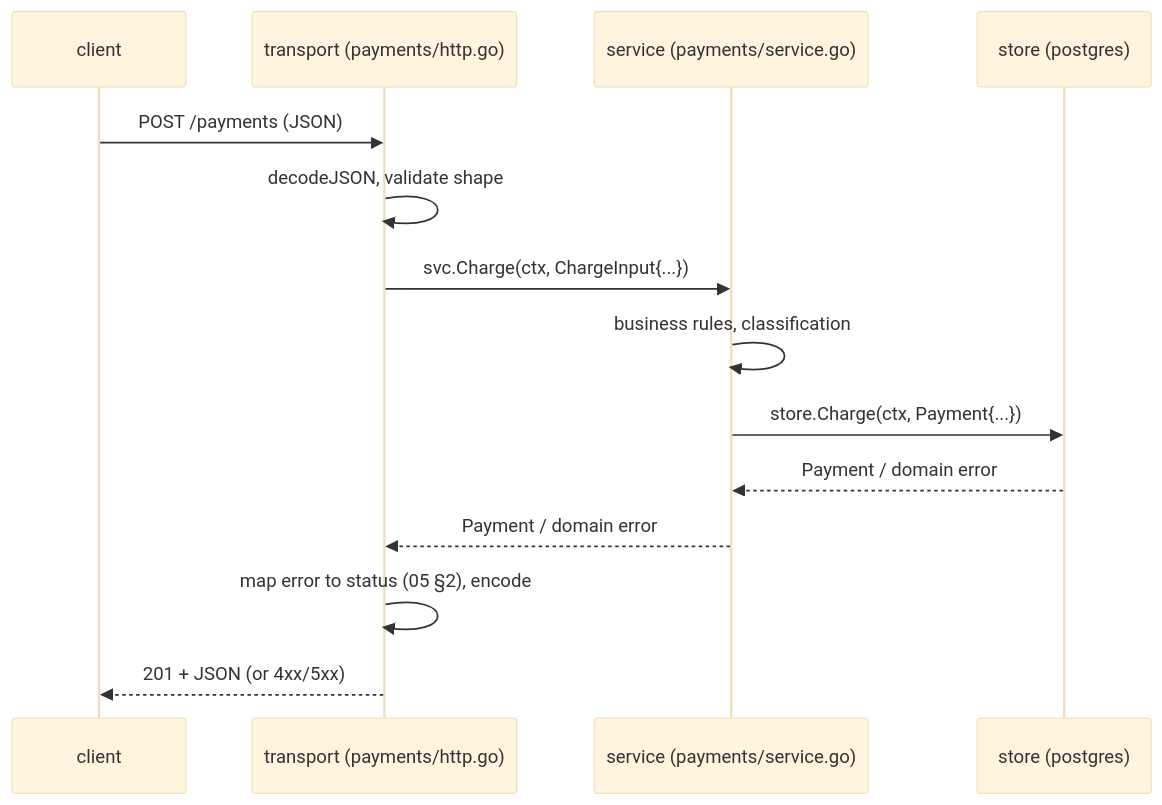
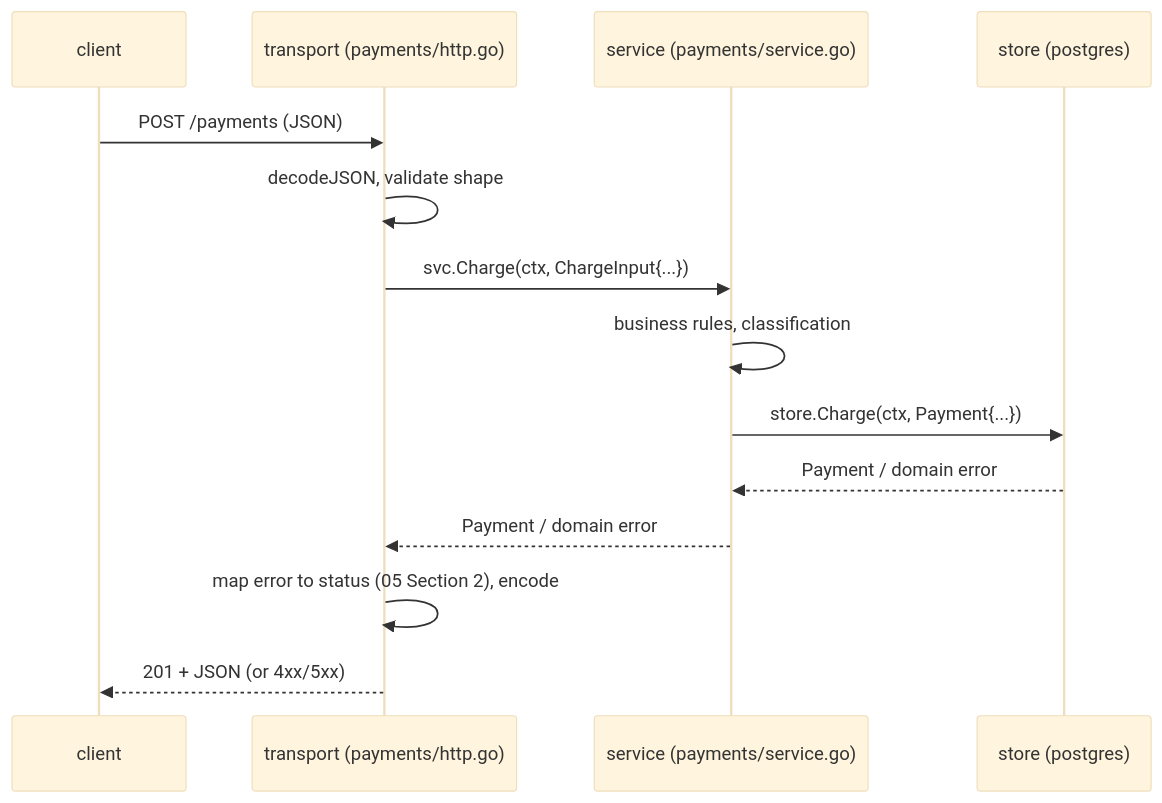
The second of 2 diagrams in 14-backend-development/01-service-layout.md (TharunKumarReddyPolu/Go-Handbook-for-Software-Engineers), drawn with Mermaid (base theme) before and after one commit. The commit also changed other lines of this file and 106 other files, not shown here.

````diff
--- a/14-backend-development/01-service-layout.md
+++ b/14-backend-development/01-service-layout.md
@@ -80,16 +80,16 @@
 ```mermaid
 sequenceDiagram
     participant C as client
     participant T as transport (payments/http.go)
     participant S as service (payments/service.go)
     participant St as store (postgres)
     C->>T: POST /payments (JSON)
     T->>T: decodeJSON, validate shape
     T->>S: svc.Charge(ctx, ChargeInput{...})
     S->>S: business rules, classification
     S->>St: store.Charge(ctx, Payment{...})
     St-->>S: Payment / domain error
     S-->>T: Payment / domain error
-    T->>T: map error to status (05 §2), encode
+    T->>T: map error to status (05 Section 2), encode
     T-->>C: 201 + JSON (or 4xx/5xx)
 ```
````
